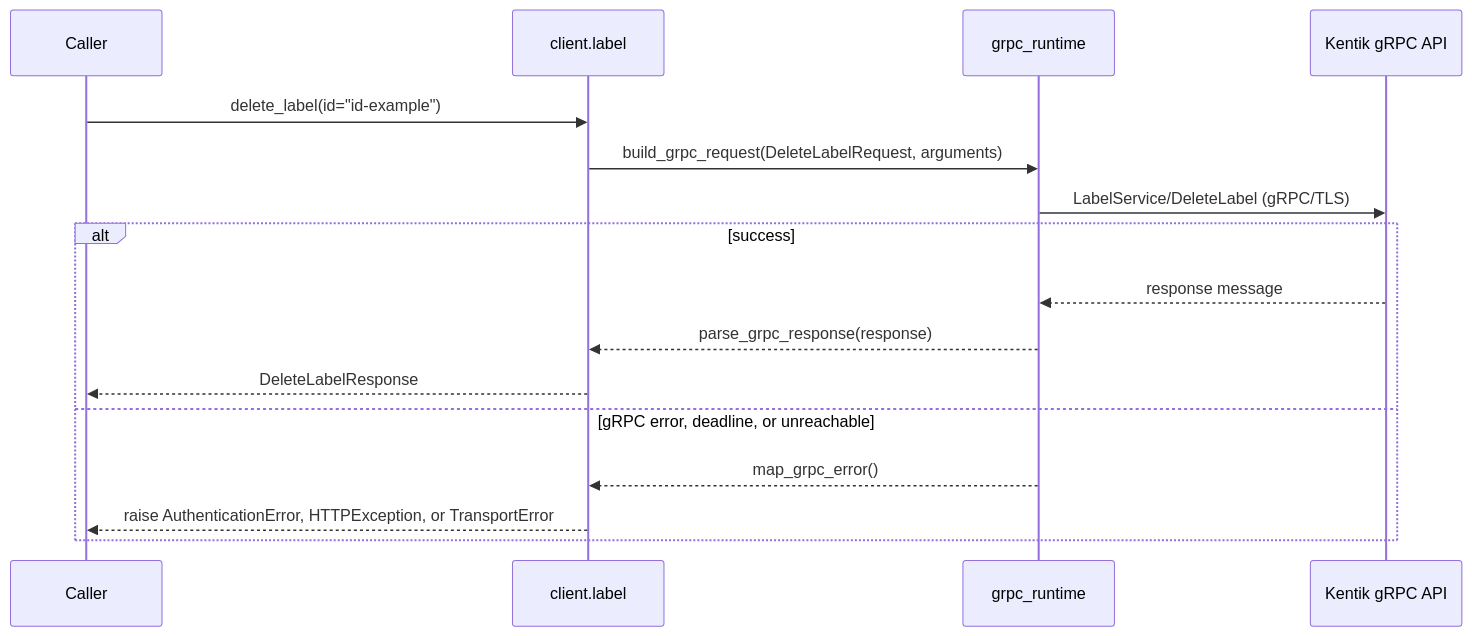
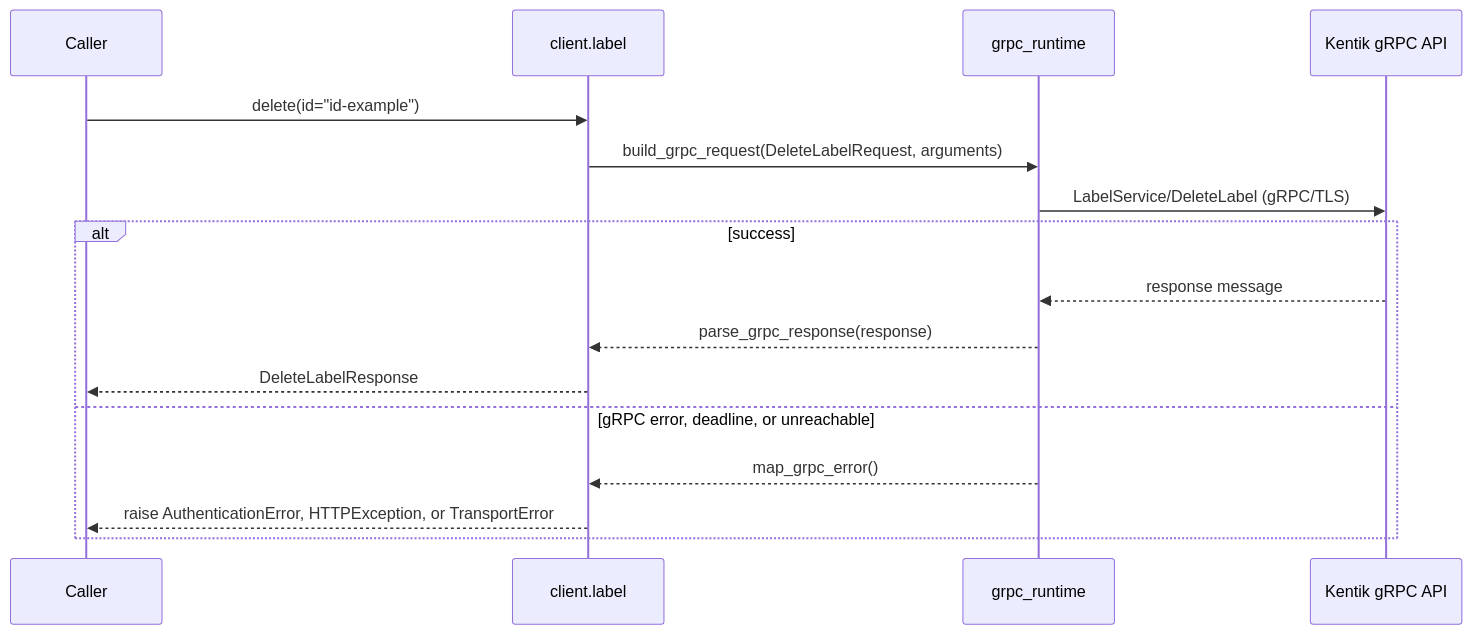
The ninth of 10 diagrams in docs/sphinx/services/label.md (alexdearaujo/community_sdk_python), drawn with Mermaid before and after one commit. The commit also changed other lines of this file and 119 other files, not shown here.

````diff
--- a/docs/sphinx/services/label.md
+++ b/docs/sphinx/services/label.md
@@ -283,19 +283,19 @@
 ```mermaid
 sequenceDiagram
     participant C as Caller
     participant W as client.label
     participant R as grpc_runtime
     participant API as Kentik gRPC API
 
-    C->>W: delete_label(id="id-example")
+    C->>W: delete(id="id-example")
     W->>R: build_grpc_request(DeleteLabelRequest, arguments)
     R->>API: LabelService/DeleteLabel (gRPC/TLS)
     alt success
         API-->>R: response message
         R-->>W: parse_grpc_response(response)
         W-->>C: DeleteLabelResponse
     else gRPC error, deadline, or unreachable
         R-->>W: map_grpc_error()
         W-->>C: raise AuthenticationError, HTTPException, or TransportError
     end
 ```
````
